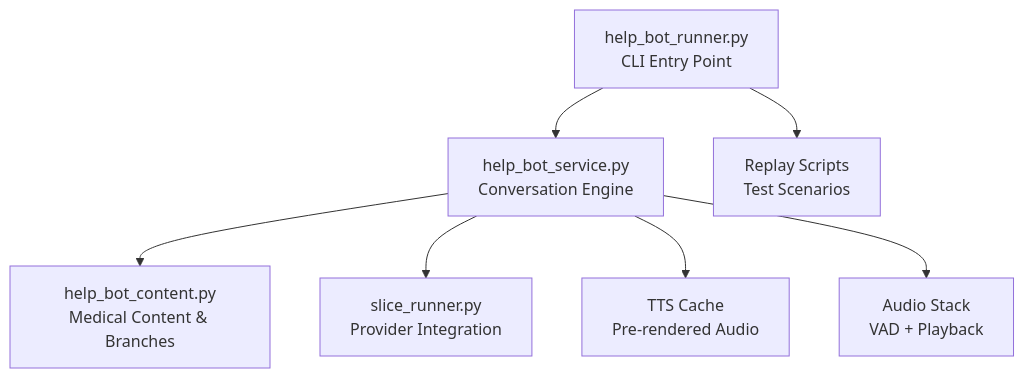
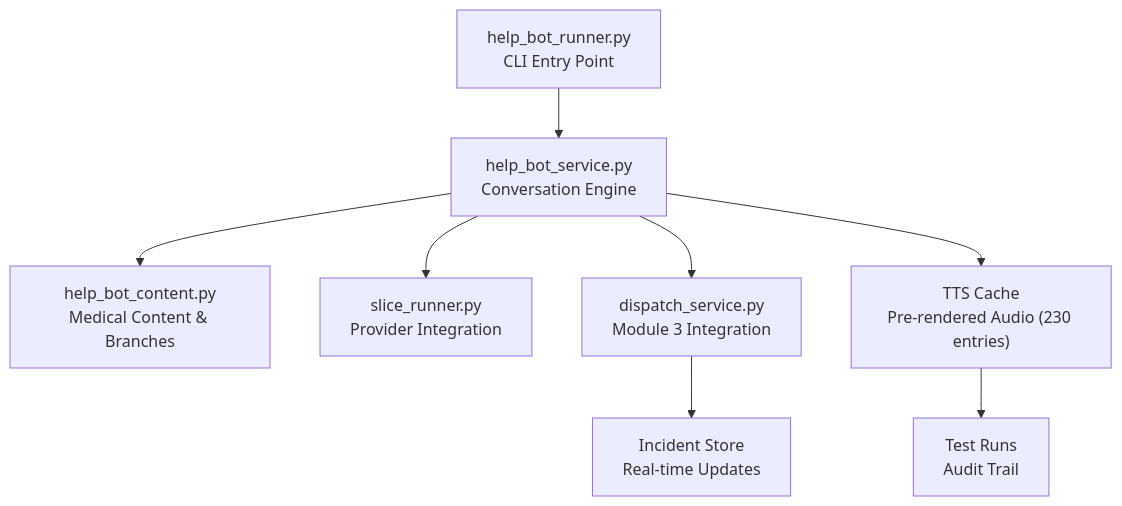
One commit to M-Rumman/LifeLine-Ride changed the first of 5 diagrams in .qoder/repowiki/en/content/Responder Help Bot/Responder Help Bot.md. Above: the diagram before and after it, drawn with Mermaid. The commit also changed other lines of this file and 4121 other files, not shown here.

````diff
--- a/.qoder/repowiki/en/content/Responder Help Bot/Responder Help Bot.md
+++ b/.qoder/repowiki/en/content/Responder Help Bot/Responder Help Bot.md
@@ -56,9 +62,10 @@
 ```mermaid
 graph TB
 A["help_bot_runner.py<br/>CLI Entry Point"] --> B["help_bot_service.py<br/>Conversation Engine"]
 B --> C["help_bot_content.py<br/>Medical Content & Branches"]
 B --> D["slice_runner.py<br/>Provider Integration"]
-B --> E["TTS Cache<br/>Pre-rendered Audio"]
-A --> F["Replay Scripts<br/>Test Scenarios"]
-B --> G["Audio Stack<br/>VAD + Playback"]
+B --> E["dispatch_service.py<br/>Module 3 Integration"]
+B --> F["TTS Cache<br/>Pre-rendered Audio (230 entries)"]
+E --> G["Incident Store<br/>Real-time Updates"]
+F --> H["Test Runs<br/>Audit Trail"]
 ```
````
